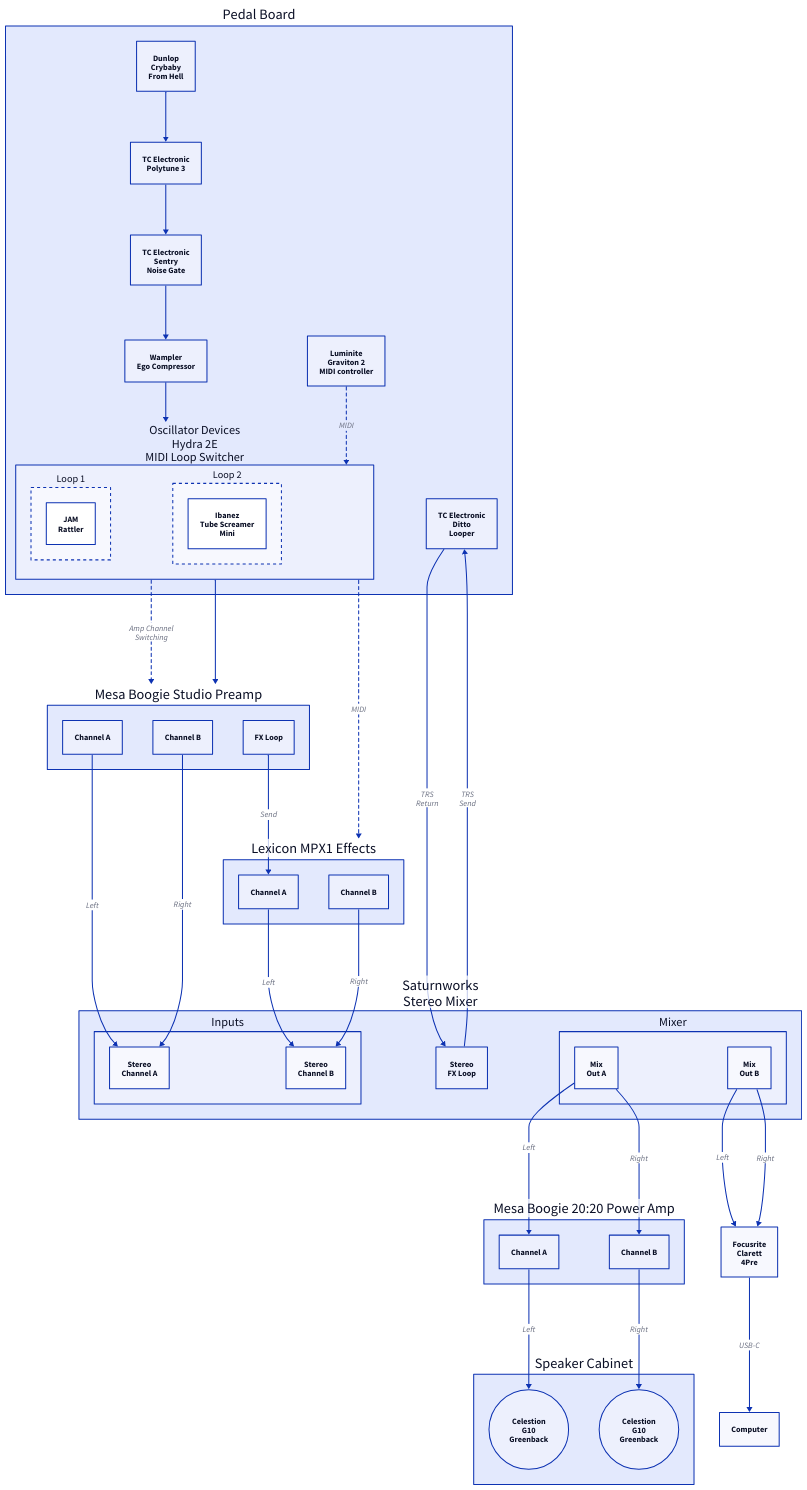
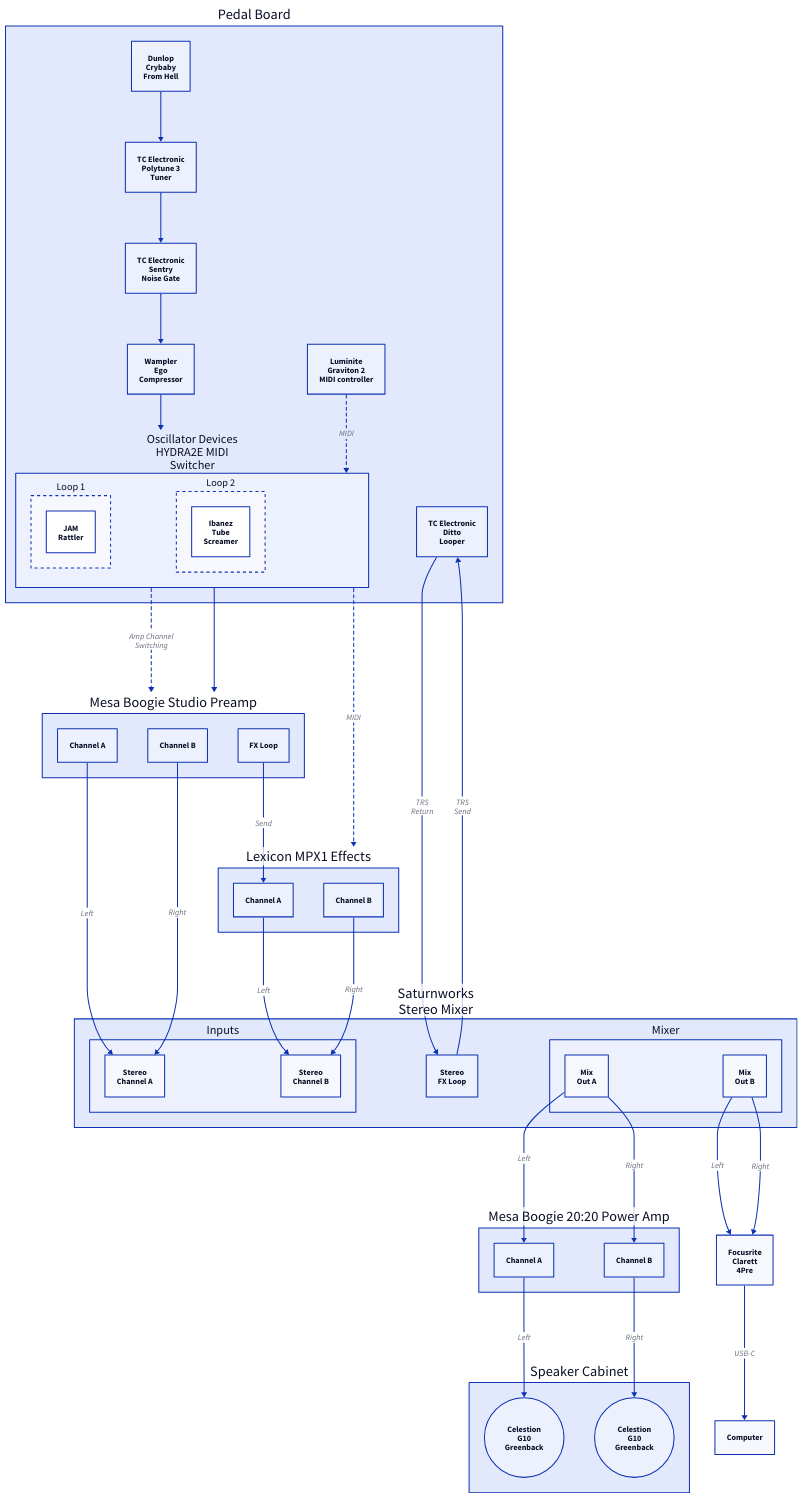
Before and after one commit to timvaillancourt/amp-diagrams: the diagram in amprack.d2, drawn with D2. The commit also changed 2 other files, not shown here.

```diff
--- a/amprack.d2
+++ b/amprack.d2
@@ -1,94 +1,94 @@
 pb: "Pedal Board" {
   cbfh: "Dunlop\nCrybaby\nFrom Hell" {}
-  polytune3: "TC Electronic\nPolytune 3" {}
+  polytune3: "TC Electronic\nPolytune 3\nTuner" {}
   tcsentry: "TC Electronic\nSentry\nNoise Gate" {}
-  wec: "Wampler\nEgo Compressor" {}
+  wec: "Wampler\nEgo\nCompressor" {}
   mc: "Luminite\nGraviton 2\nMIDI controller" {}
-  mls: "Oscillator Devices\nHydra 2E\nMIDI Loop Switcher" {
+  mls: "Oscillator Devices\nHYDRA2E MIDI\nSwitcher" {
     1: "Loop 1" {
       style: {
         stroke-dash: 3
       }
       ts: "JAM\nRattler" {}
     }
     2: "Loop 2" {
       style: {
         stroke-dash: 3
       }
-      ts: "Ibanez\nTube Screamer\nMini" {}
+      ts: "Ibanez\nTube\nScreamer" {}
     }
   }
   cbfh -> polytune3 -> tcsentry -> wec -> mls
   mc -> mls: "MIDI" {
     style: {
       stroke-dash: 3
     }
   }
   ditto: "TC Electronic\nDitto\nLooper" {}
 }
 
 msp: "Mesa Boogie Studio Preamp" {
   A: "Channel A" {}
   B: "Channel B" {}
   Loop: "FX Loop" {}
 }
 pb.mls -> msp: "Amp Channel\nSwitching" {
   style: {
     stroke-dash: 3
   }
 }
 pb.mls -> msp
 
 mixer: "Saturnworks\nStereo Mixer" {
   In: "Inputs" {
     A: "Stereo\nChannel A" {}
     B: "Stereo\nChannel B" {}
   }
   Loop: "Stereo\nFX Loop" {}
   Mix: "Mixer" {
     A: "Mix\nOut A" {}
     B: "Mix\nOut B" {}
   }
 }
 msp.A -> mixer.In.A: "Left"
 msp.B -> mixer.In.A: "Right"
 
 mpx1: "Lexicon MPX1 Effects" {
   A: "Channel A" {}
   B: "Channel B" {}
 }
 pb.mls -> mpx1: "MIDI" {
   style: {
     stroke-dash: 3
   }
 }
 msp.Loop -> mpx1.A: "Send" {}
 mpx1.A -> mixer.In.B: "Left"
 mpx1.B -> mixer.In.B: "Right"
 
 m2020: "Mesa Boogie 20:20 Power Amp" {
   A: "Channel A" {}
   B: "Channel B" {}
 }
 mixer.Mix.A -> m2020.A: "Left"
 mixer.Mix.A -> m2020.B: "Right"
 mixer.Loop -> pb.ditto: "TRS\nSend"
 pb.ditto -> mixer.Loop: "TRS\nReturn"
 
 cab: "Speaker Cabinet" {
   A: "Celestion\nG10\nGreenback" {
     shape: "circle"
   }
   B: "Celestion\nG10\nGreenback" {
     shape: "circle"
   }
 }
 m2020.A -> cab.A: "Left"
 m2020.B -> cab.B: "Right"
 
 clarett: "Focusrite\nClarett\n4Pre" {}
 mixer.Mix.B -> clarett: "Left"
 mixer.Mix.B -> clarett: "Right"
 
 computer: "Computer"
 clarett -> computer: "USB-C"
```
